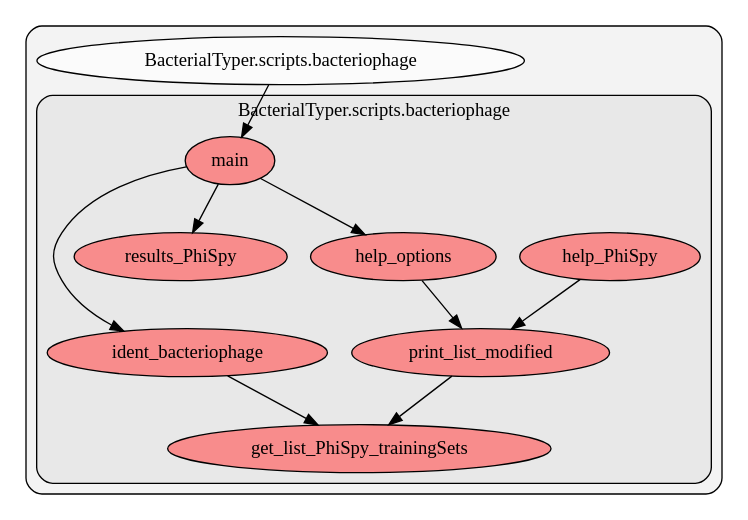
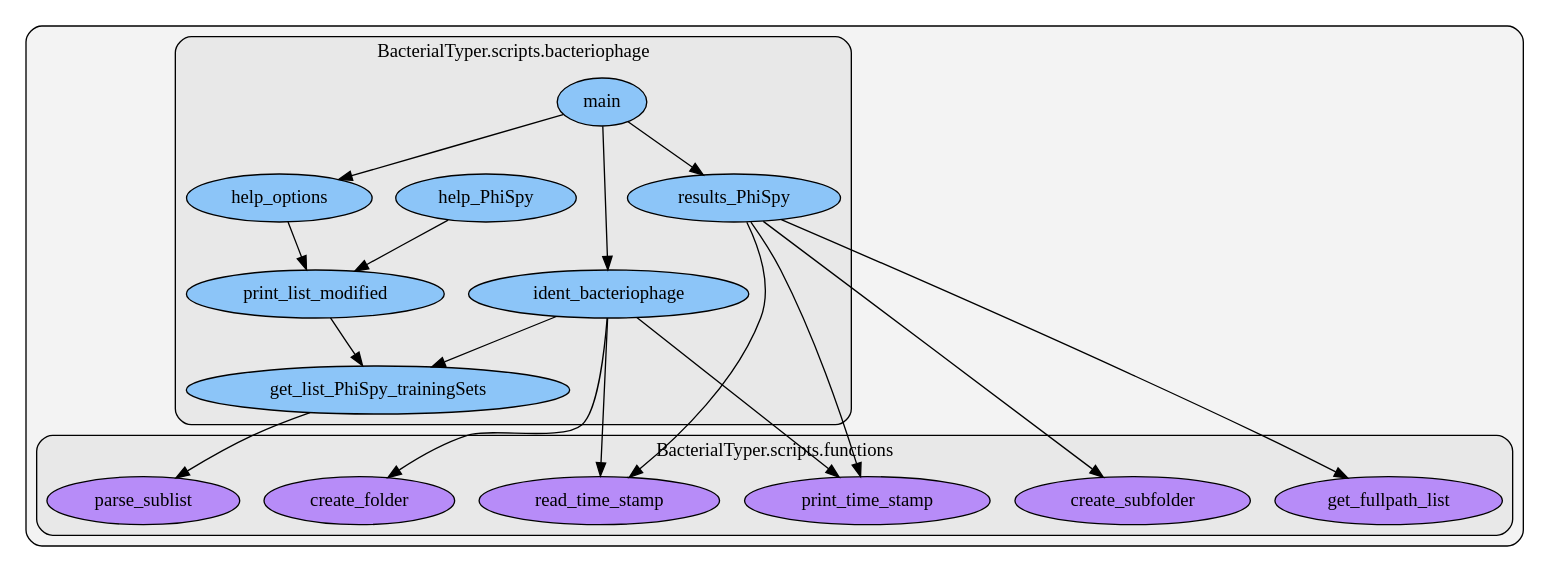
One commit to HCGB-IGTP/BacterialTyper changed the diagram in docs/source/images/python_graph/scripts/bacteriophage.dot. Above: the diagram before and after it, drawn with Graphviz. The commit also changed 45 other files, not shown here.

Commit message:
update pyan graphs

```diff
--- a/docs/source/images/python_graph/scripts/bacteriophage.dot
+++ b/docs/source/images/python_graph/scripts/bacteriophage.dot
@@ -1,51 +1,219 @@
 digraph G {
-    graph [rankdir=TB, clusterrank="local"];
+    graph [spilines=ortho, rankdir=TB, clusterrank="local"];
     subgraph cluster_G {
 
         graph [style="filled,rounded",fillcolor="#80808018", label=""];
-        BacterialTyper__scripts__bacteriophage [label="BacterialTyper.scripts.bacteriophage", style="filled", fillcolor="#ffffffb2", fontcolor="#000000", group="0"];
         subgraph cluster_BacterialTyper__scripts__bacteriophage {
 
             graph [style="filled,rounded",fillcolor="#80808018", label="BacterialTyper.scripts.bacteriophage"];
-            BacterialTyper__scripts__bacteriophage__get_list_PhiSpy_trainingSets [label="get_list_PhiSpy_trainingSets", style="filled", fillcolor="#ff6565b2", fontcolor="#000000", group="0"];
+            BacterialTyper__scripts__bacteriophage__get_list_PhiSpy_trainingSets [label="get_list_PhiSpy_trainingSets", style="filled", fillcolor="#65b7ffb2", fontcolor="#000000", group="26"];
         }
         subgraph cluster_BacterialTyper__scripts__bacteriophage {
 
             graph [style="filled,rounded",fillcolor="#80808018", label="BacterialTyper.scripts.bacteriophage"];
-            BacterialTyper__scripts__bacteriophage__help_PhiSpy [label="help_PhiSpy", style="filled", fillcolor="#ff6565b2", fontcolor="#000000", group="0"];
+            BacterialTyper__scripts__bacteriophage__help_PhiSpy [label="help_PhiSpy", style="filled", fillcolor="#65b7ffb2", fontcolor="#000000", group="26"];
         }
         subgraph cluster_BacterialTyper__scripts__bacteriophage {
 
             graph [style="filled,rounded",fillcolor="#80808018", label="BacterialTyper.scripts.bacteriophage"];
-            BacterialTyper__scripts__bacteriophage__help_options [label="help_options", style="filled", fillcolor="#ff6565b2", fontcolor="#000000", group="0"];
+            BacterialTyper__scripts__bacteriophage__help_options [label="help_options", style="filled", fillcolor="#65b7ffb2", fontcolor="#000000", group="26"];
         }
         subgraph cluster_BacterialTyper__scripts__bacteriophage {
 
             graph [style="filled,rounded",fillcolor="#80808018", label="BacterialTyper.scripts.bacteriophage"];
-            BacterialTyper__scripts__bacteriophage__ident_bacteriophage [label="ident_bacteriophage", style="filled", fillcolor="#ff6565b2", fontcolor="#000000", group="0"];
+            BacterialTyper__scripts__bacteriophage__ident_bacteriophage [label="ident_bacteriophage", style="filled", fillcolor="#65b7ffb2", fontcolor="#000000", group="26"];
         }
         subgraph cluster_BacterialTyper__scripts__bacteriophage {
 
             graph [style="filled,rounded",fillcolor="#80808018", label="BacterialTyper.scripts.bacteriophage"];
-            BacterialTyper__scripts__bacteriophage__main [label="main", style="filled", fillcolor="#ff6565b2", fontcolor="#000000", group="0"];
+            BacterialTyper__scripts__bacteriophage__main [label="main", style="filled", fillcolor="#65b7ffb2", fontcolor="#000000", group="26"];
         }
         subgraph cluster_BacterialTyper__scripts__bacteriophage {
 
             graph [style="filled,rounded",fillcolor="#80808018", label="BacterialTyper.scripts.bacteriophage"];
-            BacterialTyper__scripts__bacteriophage__print_list_modified [label="print_list_modified", style="filled", fillcolor="#ff6565b2", fontcolor="#000000", group="0"];
+            BacterialTyper__scripts__bacteriophage__print_list_modified [label="print_list_modified", style="filled", fillcolor="#65b7ffb2", fontcolor="#000000", group="26"];
         }
         subgraph cluster_BacterialTyper__scripts__bacteriophage {
 
             graph [style="filled,rounded",fillcolor="#80808018", label="BacterialTyper.scripts.bacteriophage"];
-            BacterialTyper__scripts__bacteriophage__results_PhiSpy [label="results_PhiSpy", style="filled", fillcolor="#ff6565b2", fontcolor="#000000", group="0"];
+            BacterialTyper__scripts__bacteriophage__results_PhiSpy [label="results_PhiSpy", style="filled", fillcolor="#65b7ffb2", fontcolor="#000000", group="26"];
+        }
+        subgraph cluster_BacterialTyper__scripts__functions {
+
+            graph [style="filled,rounded",fillcolor="#80808018", label="BacterialTyper.scripts.functions"];
+        }
+        subgraph cluster_BacterialTyper__scripts__functions {
+
+            graph [style="filled,rounded",fillcolor="#80808018", label="BacterialTyper.scripts.functions"];
+        }
+        subgraph cluster_BacterialTyper__scripts__functions {
+
+            graph [style="filled,rounded",fillcolor="#80808018", label="BacterialTyper.scripts.functions"];
+        }
+        subgraph cluster_BacterialTyper__scripts__functions {
+
+            graph [style="filled,rounded",fillcolor="#80808018", label="BacterialTyper.scripts.functions"];
+        }
+        subgraph cluster_BacterialTyper__scripts__functions {
+
+            graph [style="filled,rounded",fillcolor="#80808018", label="BacterialTyper.scripts.functions"];
+        }
+        subgraph cluster_BacterialTyper__scripts__functions {
+
+            graph [style="filled,rounded",fillcolor="#80808018", label="BacterialTyper.scripts.functions"];
+            BacterialTyper__scripts__functions__create_folder [label="create_folder", style="filled", fillcolor="#a365ffb2", fontcolor="#000000", group="33"];
+        }
+        subgraph cluster_BacterialTyper__scripts__functions {
+
+            graph [style="filled,rounded",fillcolor="#80808018", label="BacterialTyper.scripts.functions"];
+        }
+        subgraph cluster_BacterialTyper__scripts__functions {
+
+            graph [style="filled,rounded",fillcolor="#80808018", label="BacterialTyper.scripts.functions"];
+            BacterialTyper__scripts__functions__create_subfolder [label="create_subfolder", style="filled", fillcolor="#a365ffb2", fontcolor="#000000", group="33"];
+        }
+        subgraph cluster_BacterialTyper__scripts__functions {
+
+            graph [style="filled,rounded",fillcolor="#80808018", label="BacterialTyper.scripts.functions"];
+        }
+        subgraph cluster_BacterialTyper__scripts__functions {
+
+            graph [style="filled,rounded",fillcolor="#80808018", label="BacterialTyper.scripts.functions"];
+        }
+        subgraph cluster_BacterialTyper__scripts__functions {
+
+            graph [style="filled,rounded",fillcolor="#80808018", label="BacterialTyper.scripts.functions"];
+        }
+        subgraph cluster_BacterialTyper__scripts__functions {
+
+            graph [style="filled,rounded",fillcolor="#80808018", label="BacterialTyper.scripts.functions"];
+        }
+        subgraph cluster_BacterialTyper__scripts__functions {
+
+            graph [style="filled,rounded",fillcolor="#80808018", label="BacterialTyper.scripts.functions"];
+        }
+        subgraph cluster_BacterialTyper__scripts__functions {
+
+            graph [style="filled,rounded",fillcolor="#80808018", label="BacterialTyper.scripts.functions"];
+        }
+        subgraph cluster_BacterialTyper__scripts__functions {
+
+            graph [style="filled,rounded",fillcolor="#80808018", label="BacterialTyper.scripts.functions"];
+            BacterialTyper__scripts__functions__get_fullpath_list [label="get_fullpath_list", style="filled", fillcolor="#a365ffb2", fontcolor="#000000", group="33"];
+        }
+        subgraph cluster_BacterialTyper__scripts__functions {
+
+            graph [style="filled,rounded",fillcolor="#80808018", label="BacterialTyper.scripts.functions"];
+        }
+        subgraph cluster_BacterialTyper__scripts__functions {
+
+            graph [style="filled,rounded",fillcolor="#80808018", label="BacterialTyper.scripts.functions"];
+        }
+        subgraph cluster_BacterialTyper__scripts__functions {
+
+            graph [style="filled,rounded",fillcolor="#80808018", label="BacterialTyper.scripts.functions"];
+        }
+        subgraph cluster_BacterialTyper__scripts__functions {
+
+            graph [style="filled,rounded",fillcolor="#80808018", label="BacterialTyper.scripts.functions"];
+        }
+        subgraph cluster_BacterialTyper__scripts__functions {
+
+            graph [style="filled,rounded",fillcolor="#80808018", label="BacterialTyper.scripts.functions"];
+        }
+        subgraph cluster_BacterialTyper__scripts__functions {
+
+            graph [style="filled,rounded",fillcolor="#80808018", label="BacterialTyper.scripts.functions"];
+        }
+        subgraph cluster_BacterialTyper__scripts__functions {
+
+            graph [style="filled,rounded",fillcolor="#80808018", label="BacterialTyper.scripts.functions"];
+        }
+        subgraph cluster_BacterialTyper__scripts__functions {
+
+            graph [style="filled,rounded",fillcolor="#80808018", label="BacterialTyper.scripts.functions"];
+        }
+        subgraph cluster_BacterialTyper__scripts__functions {
+
+            graph [style="filled,rounded",fillcolor="#80808018", label="BacterialTyper.scripts.functions"];
+        }
+        subgraph cluster_BacterialTyper__scripts__functions {
+
+            graph [style="filled,rounded",fillcolor="#80808018", label="BacterialTyper.scripts.functions"];
+            BacterialTyper__scripts__functions__parse_sublist [label="parse_sublist", style="filled", fillcolor="#a365ffb2", fontcolor="#000000", group="33"];
+        }
+        subgraph cluster_BacterialTyper__scripts__functions {
+
+            graph [style="filled,rounded",fillcolor="#80808018", label="BacterialTyper.scripts.functions"];
+        }
+        subgraph cluster_BacterialTyper__scripts__functions {
+
+            graph [style="filled,rounded",fillcolor="#80808018", label="BacterialTyper.scripts.functions"];
+        }
+        subgraph cluster_BacterialTyper__scripts__functions {
+
+            graph [style="filled,rounded",fillcolor="#80808018", label="BacterialTyper.scripts.functions"];
+        }
+        subgraph cluster_BacterialTyper__scripts__functions {
+
+            graph [style="filled,rounded",fillcolor="#80808018", label="BacterialTyper.scripts.functions"];
+        }
+        subgraph cluster_BacterialTyper__scripts__functions {
+
+            graph [style="filled,rounded",fillcolor="#80808018", label="BacterialTyper.scripts.functions"];
+            BacterialTyper__scripts__functions__print_time_stamp [label="print_time_stamp", style="filled", fillcolor="#a365ffb2", fontcolor="#000000", group="33"];
+        }
+        subgraph cluster_BacterialTyper__scripts__functions {
+
+            graph [style="filled,rounded",fillcolor="#80808018", label="BacterialTyper.scripts.functions"];
+        }
+        subgraph cluster_BacterialTyper__scripts__functions {
+
+            graph [style="filled,rounded",fillcolor="#80808018", label="BacterialTyper.scripts.functions"];
+        }
+        subgraph cluster_BacterialTyper__scripts__functions {
+
+            graph [style="filled,rounded",fillcolor="#80808018", label="BacterialTyper.scripts.functions"];
+            BacterialTyper__scripts__functions__read_time_stamp [label="read_time_stamp", style="filled", fillcolor="#a365ffb2", fontcolor="#000000", group="33"];
+        }
+        subgraph cluster_BacterialTyper__scripts__functions {
+
+            graph [style="filled,rounded",fillcolor="#80808018", label="BacterialTyper.scripts.functions"];
+        }
+        subgraph cluster_BacterialTyper__scripts__functions {
+
+            graph [style="filled,rounded",fillcolor="#80808018", label="BacterialTyper.scripts.functions"];
+        }
+        subgraph cluster_BacterialTyper__scripts__functions {
+
+            graph [style="filled,rounded",fillcolor="#80808018", label="BacterialTyper.scripts.functions"];
+        }
+        subgraph cluster_BacterialTyper__scripts__functions {
+
+            graph [style="filled,rounded",fillcolor="#80808018", label="BacterialTyper.scripts.functions"];
+        }
+        subgraph cluster_BacterialTyper__scripts__functions {
+
+            graph [style="filled,rounded",fillcolor="#80808018", label="BacterialTyper.scripts.functions"];
+        }
+        subgraph cluster_BacterialTyper__scripts__functions {
+
+            graph [style="filled,rounded",fillcolor="#80808018", label="BacterialTyper.scripts.functions"];
         }
     }
-        BacterialTyper__scripts__bacteriophage -> BacterialTyper__scripts__bacteriophage__main [style="solid", color="#000000"];
+        BacterialTyper__scripts__bacteriophage__results_PhiSpy -> BacterialTyper__scripts__functions__create_subfolder [style="solid", color="#000000"];
+        BacterialTyper__scripts__bacteriophage__results_PhiSpy -> BacterialTyper__scripts__functions__read_time_stamp [style="solid", color="#000000"];
+        BacterialTyper__scripts__bacteriophage__results_PhiSpy -> BacterialTyper__scripts__functions__print_time_stamp [style="solid", color="#000000"];
+        BacterialTyper__scripts__bacteriophage__results_PhiSpy -> BacterialTyper__scripts__functions__get_fullpath_list [style="solid", color="#000000"];
+        BacterialTyper__scripts__bacteriophage__ident_bacteriophage -> BacterialTyper__scripts__functions__read_time_stamp [style="solid", color="#000000"];
+        BacterialTyper__scripts__bacteriophage__ident_bacteriophage -> BacterialTyper__scripts__functions__create_folder [style="solid", color="#000000"];
+        BacterialTyper__scripts__bacteriophage__ident_bacteriophage -> BacterialTyper__scripts__functions__print_time_stamp [style="solid", color="#000000"];
         BacterialTyper__scripts__bacteriophage__ident_bacteriophage -> BacterialTyper__scripts__bacteriophage__get_list_PhiSpy_trainingSets [style="solid", color="#000000"];
         BacterialTyper__scripts__bacteriophage__print_list_modified -> BacterialTyper__scripts__bacteriophage__get_list_PhiSpy_trainingSets [style="solid", color="#000000"];
+        BacterialTyper__scripts__bacteriophage__get_list_PhiSpy_trainingSets -> BacterialTyper__scripts__functions__parse_sublist [style="solid", color="#000000"];
         BacterialTyper__scripts__bacteriophage__help_PhiSpy -> BacterialTyper__scripts__bacteriophage__print_list_modified [style="solid", color="#000000"];
         BacterialTyper__scripts__bacteriophage__help_options -> BacterialTyper__scripts__bacteriophage__print_list_modified [style="solid", color="#000000"];
+        BacterialTyper__scripts__bacteriophage__main -> BacterialTyper__scripts__bacteriophage__ident_bacteriophage [style="solid", color="#000000"];
+        BacterialTyper__scripts__bacteriophage__main -> BacterialTyper__scripts__bacteriophage__help_options [style="solid", color="#000000"];
         BacterialTyper__scripts__bacteriophage__main -> BacterialTyper__scripts__bacteriophage__results_PhiSpy [style="solid", color="#000000"];
-        BacterialTyper__scripts__bacteriophage__main -> BacterialTyper__scripts__bacteriophage__help_options [style="solid", color="#000000"];
-        BacterialTyper__scripts__bacteriophage__main -> BacterialTyper__scripts__bacteriophage__ident_bacteriophage [style="solid", color="#000000"];
     }
```
